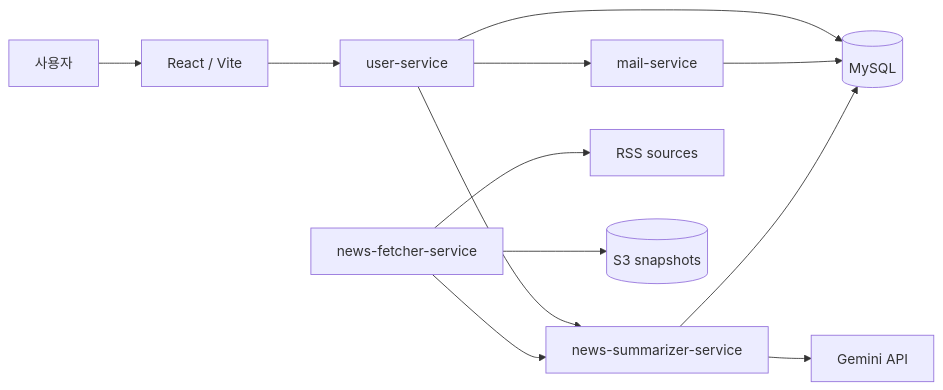
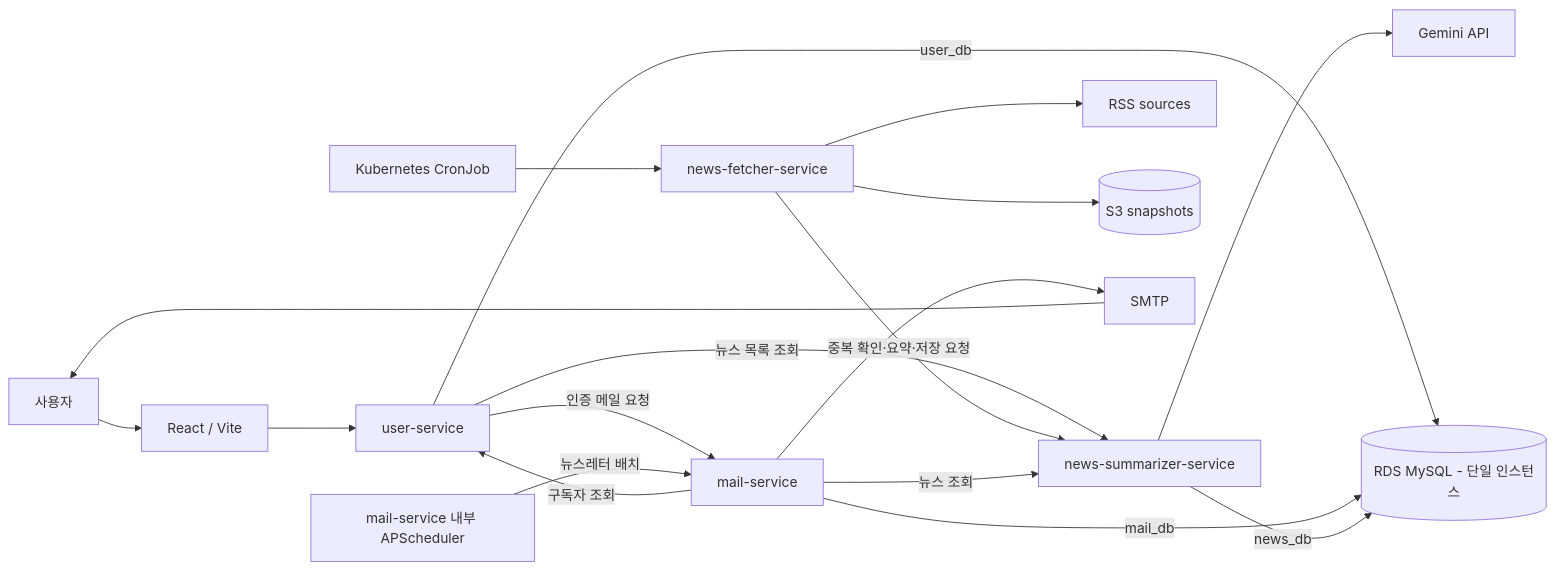
One commit to Patrasche-s/patrasche changed the diagram in README.md. Above: the diagram before and after it, drawn with Mermaid. The commit also changed other lines of this file, not shown here.

Commit message:
docs: refine public README architecture

````diff
--- a/README.md
+++ b/README.md
@@ -12,14 +12,24 @@
 ```mermaid
 flowchart LR
     User[사용자] --> Web[React / Vite]
     Web --> UserService[user-service]
-    UserService --> Mail[mail-service]
-    UserService --> Summarizer[news-summarizer-service]
-    Fetcher[news-fetcher-service] --> Summarizer
+
+    UserService -->|인증 메일 요청| Mail[mail-service]
+    UserService -->|뉴스 목록 조회| Summarizer[news-summarizer-service]
+
+    FetchCron[Kubernetes CronJob] --> Fetcher[news-fetcher-service]
     Fetcher --> RSS[RSS sources]
     Fetcher --> S3[(S3 snapshots)]
-    UserService --> DB[(MySQL)]
-    Mail --> DB
-    Summarizer --> DB
+    Fetcher -->|중복 확인·요약·저장 요청| Summarizer
     Summarizer --> AI[Gemini API]
+
+    MailScheduler[mail-service 내부 APScheduler] -->|뉴스레터 배치| Mail
+    Mail -->|구독자 조회| UserService
+    Mail -->|뉴스 조회| Summarizer
+    Mail --> SMTP[SMTP]
+    SMTP --> User
+
+    UserService -->|user_db| RDS[(RDS MySQL - 단일 인스턴스)]
+    Mail -->|mail_db| RDS
+    Summarizer -->|news_db| RDS
 ```
````
